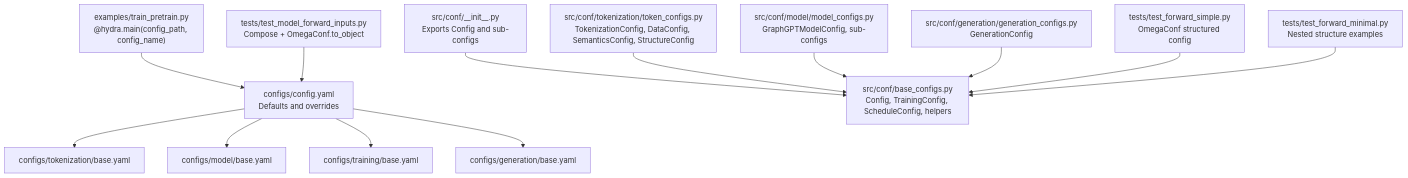
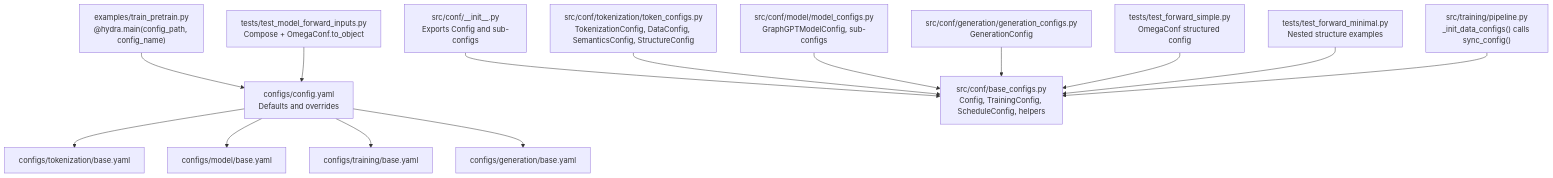
Before and after one commit to alibaba/graph-gpt: the first of 10 diagrams in .qoder/repowiki/en/content/Configuration System/Configuration System.md, drawn with Mermaid. The commit also changed other lines of this file and 4 other files, not shown here.

````diff
--- a/.qoder/repowiki/en/content/Configuration System/Configuration System.md
+++ b/.qoder/repowiki/en/content/Configuration System/Configuration System.md
@@ -63,15 +65,16 @@
 ```mermaid
 graph TB
 A["configs/config.yaml<br/>Defaults and overrides"] --> B["configs/tokenization/base.yaml"]
 A --> C["configs/model/base.yaml"]
 A --> D["configs/training/base.yaml"]
 A --> E["configs/generation/base.yaml"]
 F["src/conf/__init__.py<br/>Exports Config and sub-configs"] --> G["src/conf/base_configs.py<br/>Config, TrainingConfig, ScheduleConfig, helpers"]
 H["src/conf/tokenization/token_configs.py<br/>TokenizationConfig, DataConfig, SemanticsConfig, StructureConfig"] --> G
 I["src/conf/model/model_configs.py<br/>GraphGPTModelConfig, sub-configs"] --> G
 J["src/conf/generation/generation_configs.py<br/>GenerationConfig"] --> G
 K["examples/train_pretrain.py<br/>@hydra.main(config_path, config_name)"] --> A
 L["tests/test_forward_simple.py<br/>OmegaConf structured config"] --> G
 M["tests/test_model_forward_inputs.py<br/>Compose + OmegaConf.to_object"] --> A
 N["tests/test_forward_minimal.py<br/>Nested structure examples"] --> G
+O["src/training/pipeline.py<br/>_init_data_configs() calls sync_config()"] --> G
 ```
````
